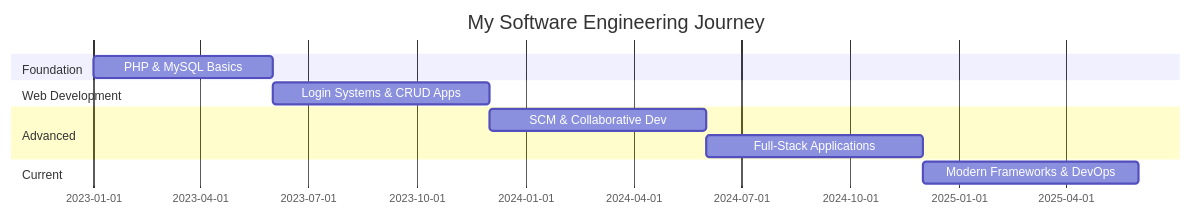
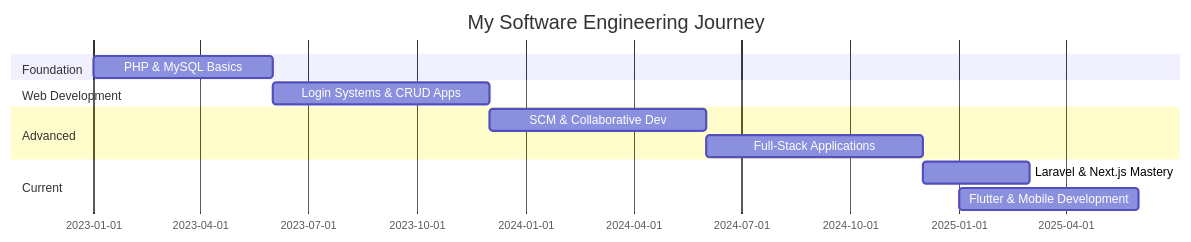
One commit to Namidu99/Namidu99 changed the second of 5 diagrams in README.md. Above: the diagram before and after it, drawn with Mermaid. The commit also changed other lines of this file, not shown here.

````diff
--- a/README.md
+++ b/README.md
@@ -80,14 +159,15 @@
 ```mermaid
 gantt
     title My Software Engineering Journey
     dateFormat YYYY-MM
     section Foundation
     PHP & MySQL Basics           :2023-01, 2023-06
     section Web Development
     Login Systems & CRUD Apps    :2023-06, 2023-12
     section Advanced
     SCM & Collaborative Dev      :2023-12, 2024-06
     Full-Stack Applications      :2024-06, 2024-12
     section Current
-    Modern Frameworks & DevOps   :2024-12, 2025-06
+    Laravel & Next.js Mastery    :2024-12, 2025-03
+    Flutter & Mobile Development :2025-01, 2025-06
 ```
````
